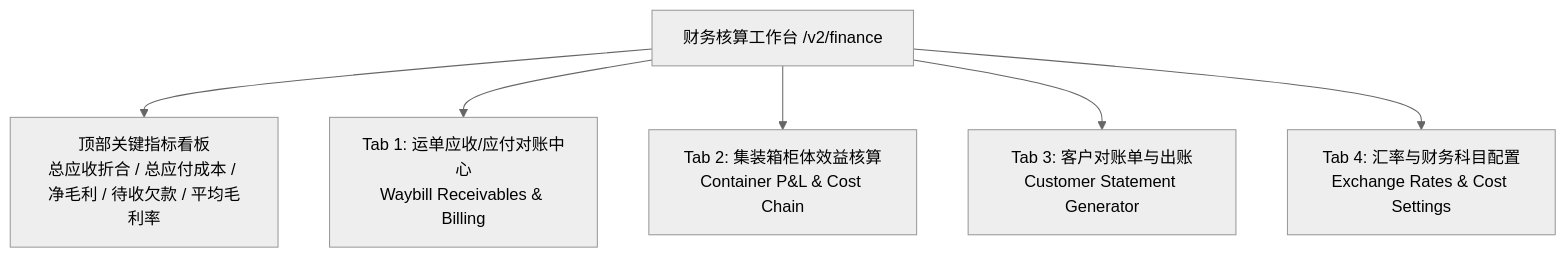
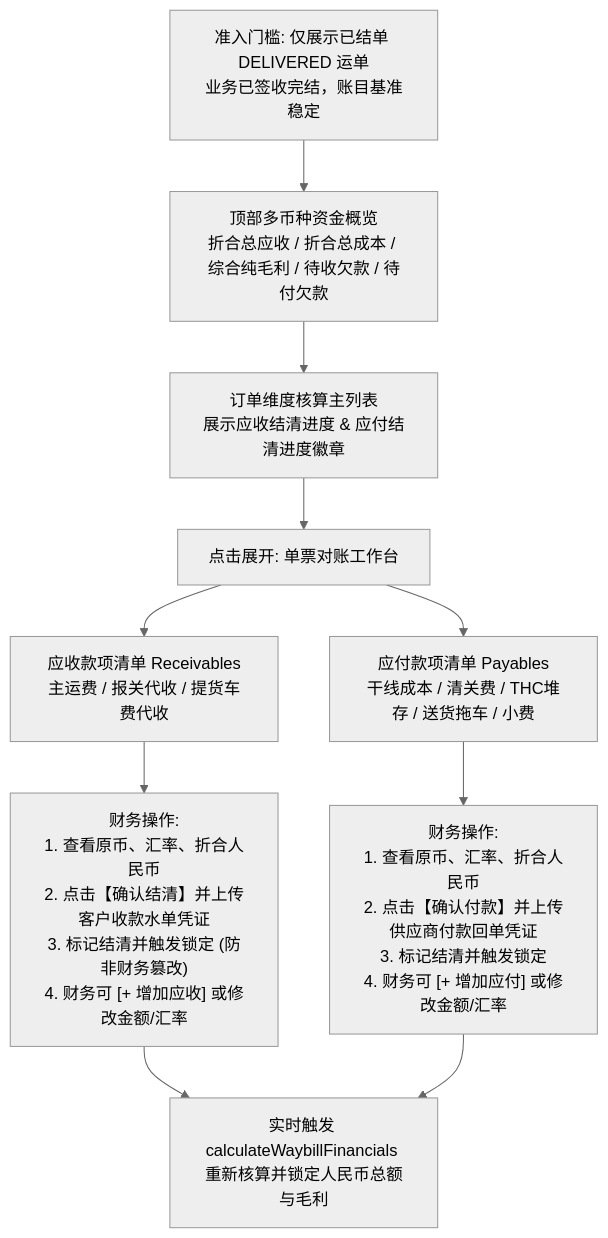
Before and after one commit to cccckv/global-link-logistics: the first of 2 diagrams in docs/knowledge/04_FINANCE_COST.md, drawn with Mermaid (neutral theme). The commit also changed other lines of this file and 15 other files, not shown here.

Commit message:
feat(finance-workbench): implement billing settlement workbench, container P&L reports, and invoice reconciliation

````diff
--- a/docs/knowledge/04_FINANCE_COST.md
+++ b/docs/knowledge/04_FINANCE_COST.md
@@ -34,8 +34,17 @@
 ```mermaid
 flowchart TD
-    FN[财务核算工作台 /v2/finance] --> STAT[顶部关键指标看板\n总应收折合 / 总应付成本 / 净毛利 / 待收欠款 / 平均毛利率]
-    FN --> TAB1[Tab 1: 运单应收/应付对账中心\nWaybill Receivables & Billing]
-    FN --> TAB2[Tab 2: 集装箱柜体效益核算\nContainer P&L & Cost Chain]
-    FN --> TAB3[Tab 3: 客户对账单与出账\nCustomer Statement Generator]
-    FN --> TAB4[Tab 4: 汇率与财务科目配置\nExchange Rates & Cost Settings]
+    DELIVERED[准入门槛: 仅展示已结单 DELIVERED 运单\n业务已签收完结，账目基准稳定] --> STAT[顶部多币种资金概览\n折合总应收 / 折合总成本 / 综合纯毛利 / 待收欠款 / 待付欠款]
+    
+    STAT --> TABLE[订单维度核算主列表\n展示应收结清进度 & 应付结清进度徽章]
+    
+    TABLE --> DRAWER[点击展开: 单票对账工作台]
+    
+    DRAWER --> REC_BOX[应收款项清单 Receivables\n主运费 / 报关代收 / 提货车费代收]
+    DRAWER --> PAY_BOX[应付款项清单 Payables\n干线成本 / 清关费 / THC堆存 / 送货拖车 / 小费]
+    
+    REC_BOX --> R_ACTION["财务操作:\n1. 查看原币、汇率、折合人民币\n2. 点击【确认结清】并上传客户收款水单凭证\n3. 标记结清并触发锁定 (防非财务篡改)\n4. 财务可 [+ 增加应收] 或修改金额/汇率"]
+    
+    PAY_BOX --> P_ACTION["财务操作:\n1. 查看原币、汇率、折合人民币\n2. 点击【确认付款】并上传供应商付款回单凭证\n3. 标记结清并触发锁定\n4. 财务可 [+ 增加应付] 或修改金额/汇率"]
+    
+    R_ACTION & P_ACTION --> AUTO_CALC[实时触发 calculateWaybillFinancials 重新核算并锁定人民币总额与毛利]
 ```
````
